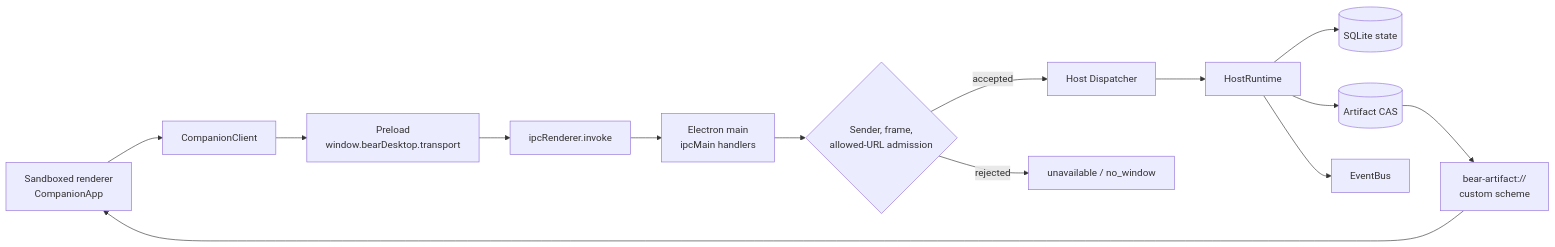
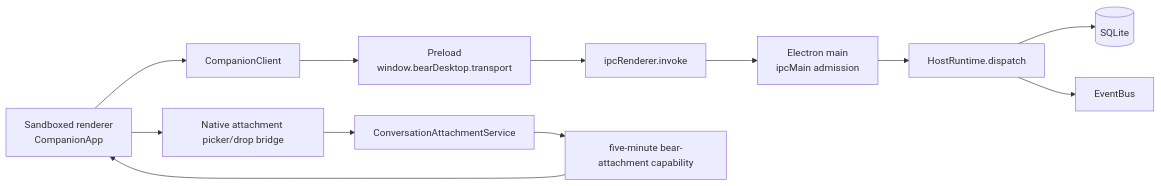
Before and after one commit to fltb/bear-harness: the second of 6 diagrams in docs/refernece/architecture.md, drawn with Mermaid. The commit also changed other lines of this file and 163 other files, not shown here.

````diff
--- a/docs/refernece/architecture.md
+++ b/docs/refernece/architecture.md
@@ -84,16 +79,14 @@
 ```mermaid
 flowchart LR
     R["Sandboxed renderer\nCompanionApp"] --> C["CompanionClient"]
     C --> P["Preload\nwindow.bearDesktop.transport"]
     P --> I["ipcRenderer.invoke"]
-    I --> M["Electron main\nipcMain handlers"]
-    M --> A{"Sender, frame,\nallowed-URL admission"}
-    A -->|accepted| D["Host Dispatcher"]
-    A -->|rejected| E["unavailable / no_window"]
-    D --> H["HostRuntime"]
-    H --> DB[("SQLite state")]
-    H --> CAS[("Artifact CAS")]
-    H --> EV["EventBus"]
-    CAS --> AP["bear-artifact://\ncustom scheme"]
-    AP --> R
+    I --> M["Electron main\nipcMain admission"]
+    M --> D["HostRuntime.dispatch"]
+    D --> DB[("SQLite")]
+    D --> EV["EventBus"]
+    R --> N["Native attachment picker/drop bridge"]
+    N --> AS["ConversationAttachmentService"]
+    AS --> CAP["five-minute bear-attachment capability"]
+    CAP --> R
 ```
````
